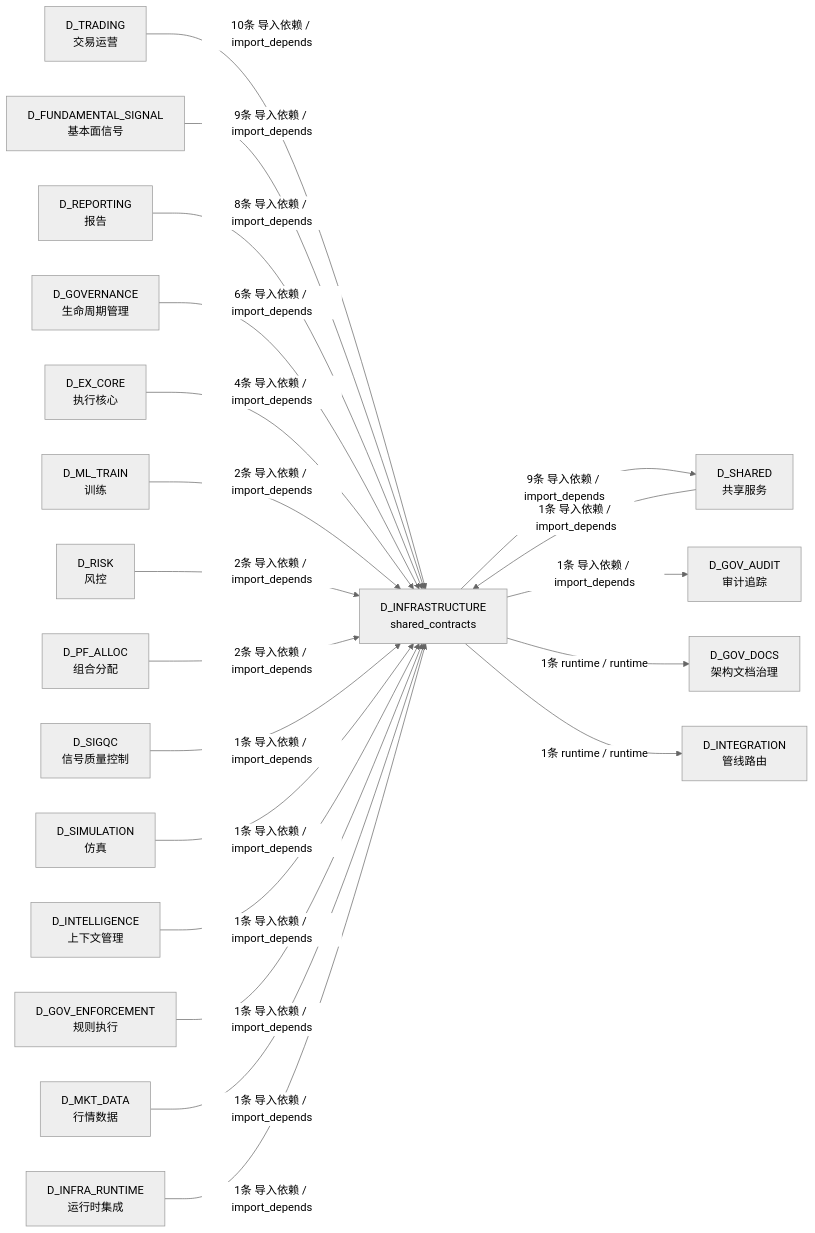
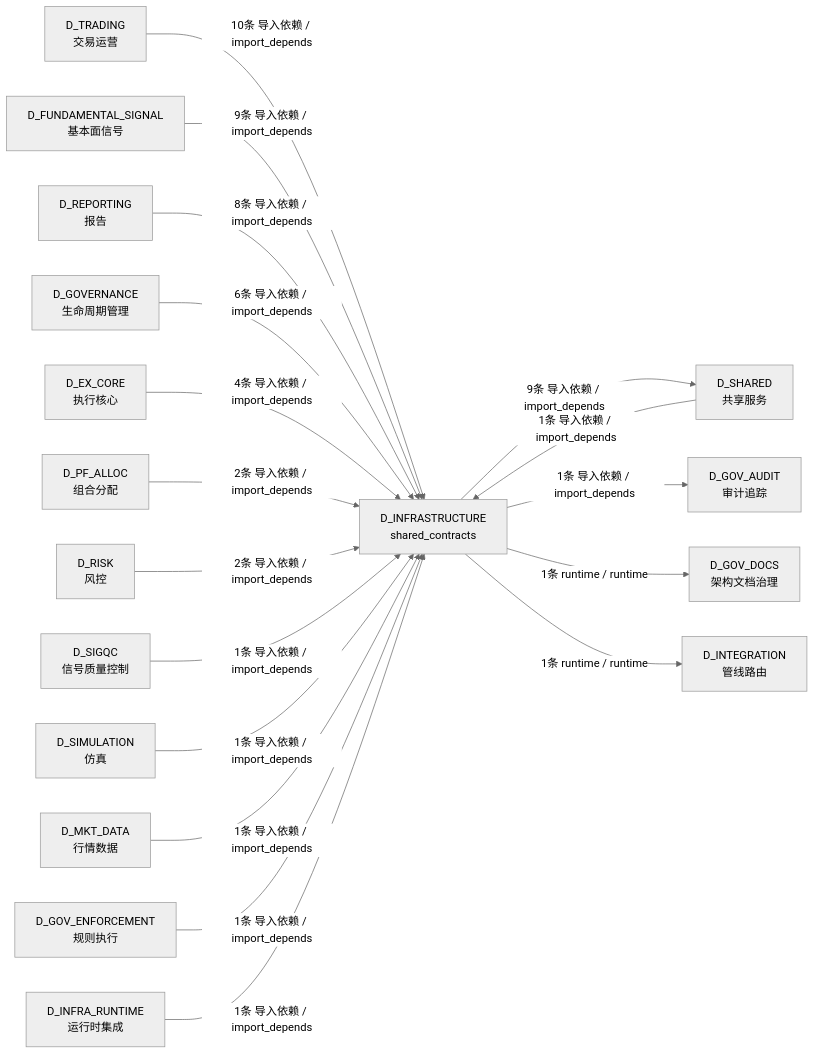
Before and after one commit to xuanFelixVan/ZephyrAlpha: the fourth of 4 diagrams in docs/02_enterprise_architecture/02_domain_architecture_docs/62_d_infrastructure.md, drawn with Mermaid (neutral theme). The commit also changed other lines of this file and 99 other files, not shown here.

````diff
--- a/docs/02_enterprise_architecture/02_domain_architecture_docs/62_d_infrastructure.md
+++ b/docs/02_enterprise_architecture/02_domain_architecture_docs/62_d_infrastructure.md
@@ -371,41 +367,37 @@
 ```mermaid
 graph LR
     D_INFRASTRUCTURE["D_INFRASTRUCTURE<br/>shared_contracts"]
     D_SHARED["D_SHARED<br/>共享服务"]
     D_GOV_AUDIT["D_GOV_AUDIT<br/>审计追踪"]
     D_GOV_DOCS["D_GOV_DOCS<br/>架构文档治理"]
     D_INTEGRATION["D_INTEGRATION<br/>管线路由"]
     D_TRADING["D_TRADING<br/>交易运营"]
     D_FUNDAMENTAL_SIGNAL["D_FUNDAMENTAL_SIGNAL<br/>基本面信号"]
     D_REPORTING["D_REPORTING<br/>报告"]
     D_GOVERNANCE["D_GOVERNANCE<br/>生命周期管理"]
     D_EX_CORE["D_EX_CORE<br/>执行核心"]
-    D_ML_TRAIN["D_ML_TRAIN<br/>训练"]
+    D_PF_ALLOC["D_PF_ALLOC<br/>组合分配"]
     D_RISK["D_RISK<br/>风控"]
-    D_PF_ALLOC["D_PF_ALLOC<br/>组合分配"]
     D_SIGQC["D_SIGQC<br/>信号质量控制"]
     D_SIMULATION["D_SIMULATION<br/>仿真"]
-    D_INTELLIGENCE["D_INTELLIGENCE<br/>上下文管理"]
+    D_MKT_DATA["D_MKT_DATA<br/>行情数据"]
     D_GOV_ENFORCEMENT["D_GOV_ENFORCEMENT<br/>规则执行"]
-    D_MKT_DATA["D_MKT_DATA<br/>行情数据"]
     D_INFRA_RUNTIME["D_INFRA_RUNTIME<br/>运行时集成"]
     D_INFRASTRUCTURE -->|9条 导入依赖 / import_depends| D_SHARED
     D_INFRASTRUCTURE -->|1条 导入依赖 / import_depends| D_GOV_AUDIT
     D_INFRASTRUCTURE -->|1条 runtime / runtime| D_GOV_DOCS
     D_INFRASTRUCTURE -->|1条 runtime / runtime| D_INTEGRATION
     D_TRADING -->|10条 导入依赖 / import_depends| D_INFRASTRUCTURE
     D_FUNDAMENTAL_SIGNAL -->|9条 导入依赖 / import_depends| D_INFRASTRUCTURE
     D_REPORTING -->|8条 导入依赖 / import_depends| D_INFRASTRUCTURE
     D_GOVERNANCE -->|6条 导入依赖 / import_depends| D_INFRASTRUCTURE
     D_EX_CORE -->|4条 导入依赖 / import_depends| D_INFRASTRUCTURE
-    D_ML_TRAIN -->|2条 导入依赖 / import_depends| D_INFRASTRUCTURE
+    D_PF_ALLOC -->|2条 导入依赖 / import_depends| D_INFRASTRUCTURE
     D_RISK -->|2条 导入依赖 / import_depends| D_INFRASTRUCTURE
-    D_PF_ALLOC -->|2条 导入依赖 / import_depends| D_INFRASTRUCTURE
     D_SHARED -->|1条 导入依赖 / import_depends| D_INFRASTRUCTURE
     D_SIGQC -->|1条 导入依赖 / import_depends| D_INFRASTRUCTURE
     D_SIMULATION -->|1条 导入依赖 / import_depends| D_INFRASTRUCTURE
-    D_INTELLIGENCE -->|1条 导入依赖 / import_depends| D_INFRASTRUCTURE
+    D_MKT_DATA -->|1条 导入依赖 / import_depends| D_INFRASTRUCTURE
     D_GOV_ENFORCEMENT -->|1条 导入依赖 / import_depends| D_INFRASTRUCTURE
-    D_MKT_DATA -->|1条 导入依赖 / import_depends| D_INFRASTRUCTURE
     D_INFRA_RUNTIME -->|1条 导入依赖 / import_depends| D_INFRASTRUCTURE
 ```
````
